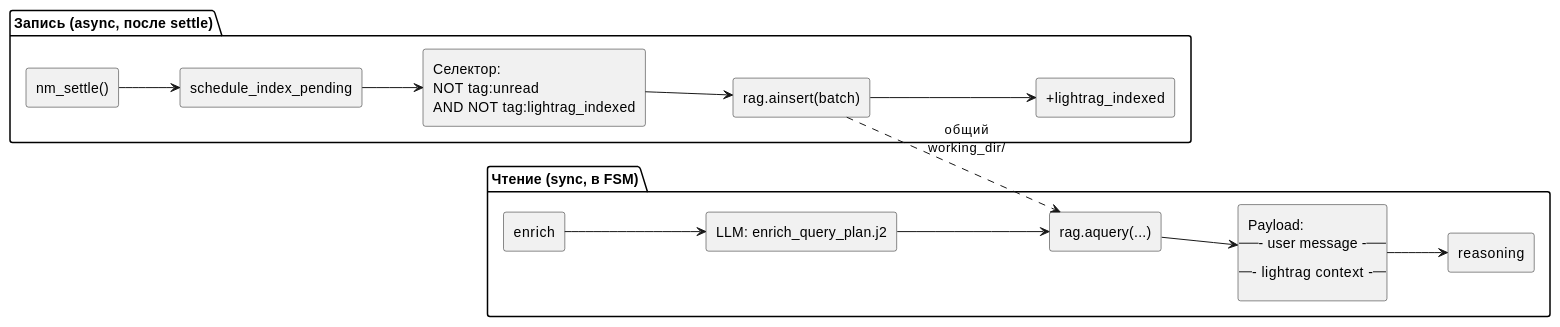
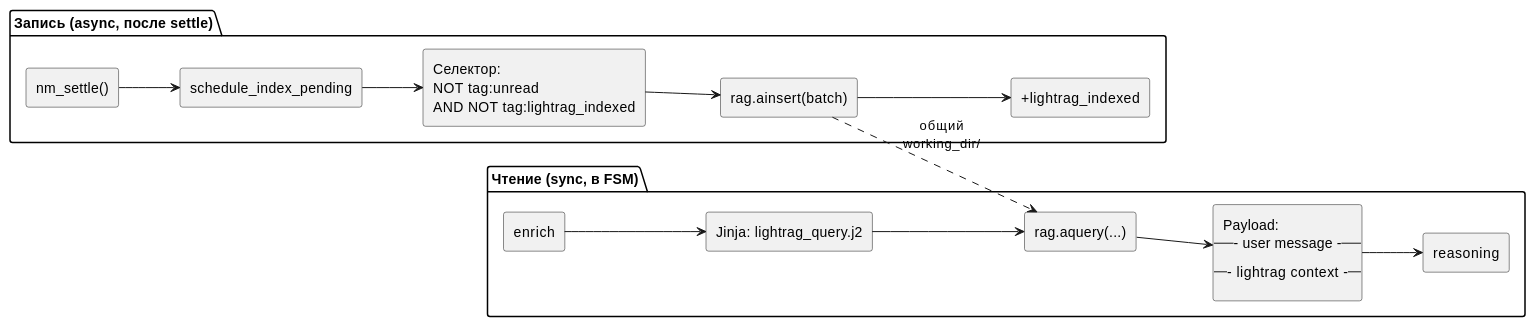
One commit to 3DRaven/threlium changed the fourth of 10 diagrams in docs/ARTICLE.md. Above: the diagram before and after it, drawn with PlantUML. The commit also changed 13 other files, not shown here.

````diff
--- a/docs/ARTICLE.md
+++ b/docs/ARTICLE.md
@@ -308,31 +308,31 @@
 ```plantuml
 @startuml
 left to right direction
 
 package "Запись (async, после settle)" {
   rectangle "nm_settle()" as SETTLE
   rectangle "schedule_index_pending" as SCHED
   rectangle "Селектор:\nNOT tag:unread\nAND NOT tag:lightrag_indexed" as SEL
   rectangle "rag.ainsert(batch)" as INS
   rectangle "+lightrag_indexed" as TAG
   SETTLE --> SCHED
   SCHED --> SEL
   SEL --> INS
   INS --> TAG
 }
 
 package "Чтение (sync, в FSM)" {
   rectangle "enrich" as ENR
-  rectangle "LLM: enrich_query_plan.j2" as PLAN
+  rectangle "Jinja: lightrag_query.j2" as PLAN
   rectangle "rag.aquery(...)" as AQ
   rectangle "Payload:\n--- user message ---\n--- lightrag context ---" as PAY
   rectangle "reasoning" as REA
   ENR --> PLAN
   PLAN --> AQ
   AQ --> PAY
   PAY --> REA
 }
 
 INS ..> AQ : "общий\nworking_dir/"
 @enduml
 ```
````
